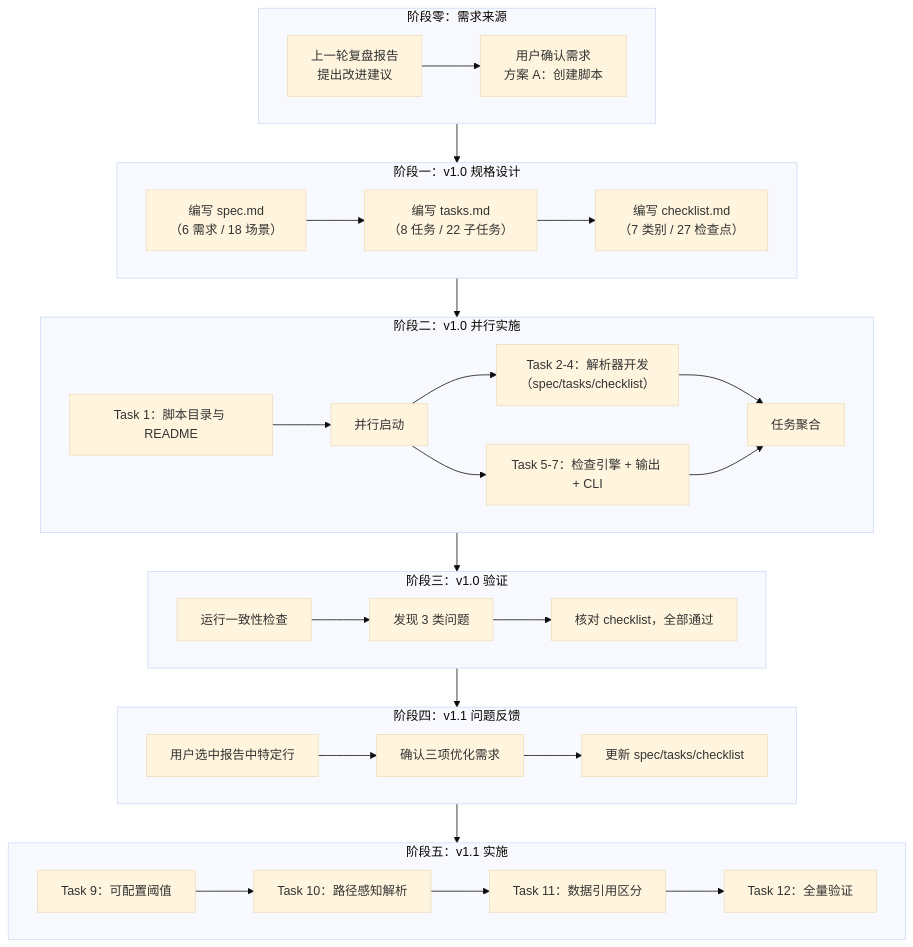
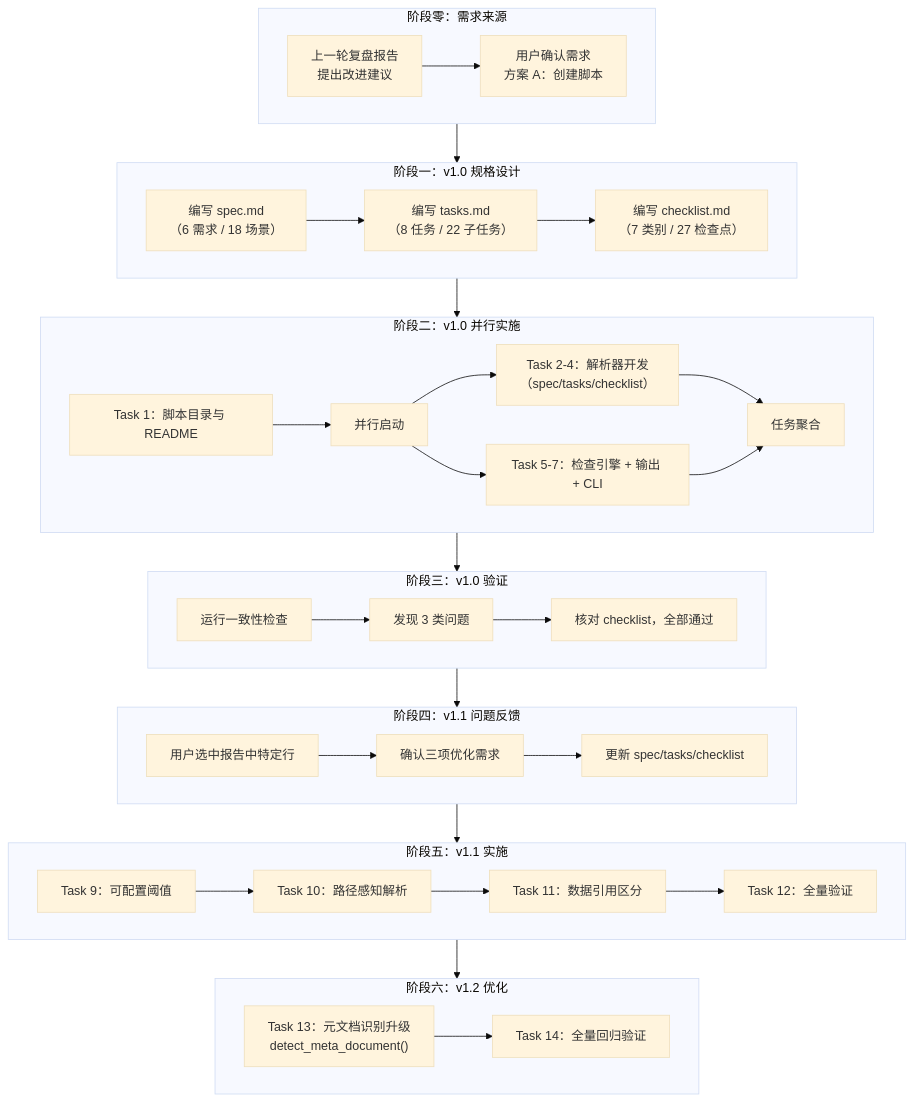
One commit to xinetzone/SpecWeave changed the first of 6 diagrams in docs/retrospective/retrospective-report-check-spec-consistency.md. Above: the diagram before and after it, drawn with Mermaid (base theme). The commit also changed other lines of this file and 1 other file, not shown here.

````diff
--- a/docs/retrospective/retrospective-report-check-spec-consistency.md
+++ b/docs/retrospective/retrospective-report-check-spec-consistency.md
@@ -53,41 +57,46 @@
 ```mermaid
 flowchart TB
     subgraph Phase0["阶段零：需求来源"]
         A0["上一轮复盘报告<br/>提出改进建议"] --> A1["用户确认需求<br/>方案 A：创建脚本"]
     end
 
     subgraph Phase1["阶段一：v1.0 规格设计"]
         B1["编写 spec.md<br/>（6 需求 / 18 场景）"] --> B2["编写 tasks.md<br/>（8 任务 / 22 子任务）"]
         B2 --> B3["编写 checklist.md<br/>（7 类别 / 27 检查点）"]
     end
 
     subgraph Phase2["阶段二：v1.0 并行实施"]
         C1["Task 1：脚本目录与 README"] --> C2["并行启动"]
         C2 --> C3["Task 2-4：解析器开发<br/>（spec/tasks/checklist）"]
         C2 --> C4["Task 5-7：检查引擎 + 输出 + CLI"]
         C3 --> C5["任务聚合"]
         C4 --> C5
     end
 
     subgraph Phase3["阶段三：v1.0 验证"]
         D1["运行一致性检查"] --> D2["发现 3 类问题"]
         D2 --> D3["核对 checklist，全部通过"]
     end
 
     subgraph Phase4["阶段四：v1.1 问题反馈"]
         E1["用户选中报告中特定行"] --> E2["确认三项优化需求"]
         E2 --> E3["更新 spec/tasks/checklist"]
     end
 
     subgraph Phase5["阶段五：v1.1 实施"]
         F1["Task 9：可配置阈值"] --> F2["Task 10：路径感知解析"]
         F2 --> F3["Task 11：数据引用区分"]
         F3 --> F4["Task 12：全量验证"]
     end
 
+    subgraph Phase6["阶段六：v1.2 优化"]
+        G1["Task 13：元文档识别升级<br/>detect_meta_document()"] --> G2["Task 14：全量回归验证"]
+    end
+
     Phase0 --> Phase1
     Phase1 --> Phase2
     Phase2 --> Phase3
     Phase3 --> Phase4
     Phase4 --> Phase5
+    Phase5 --> Phase6
 ```
````
